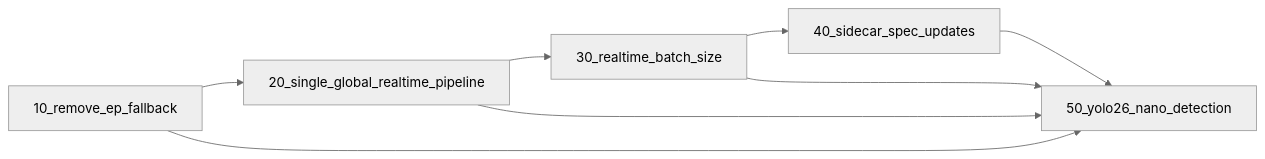
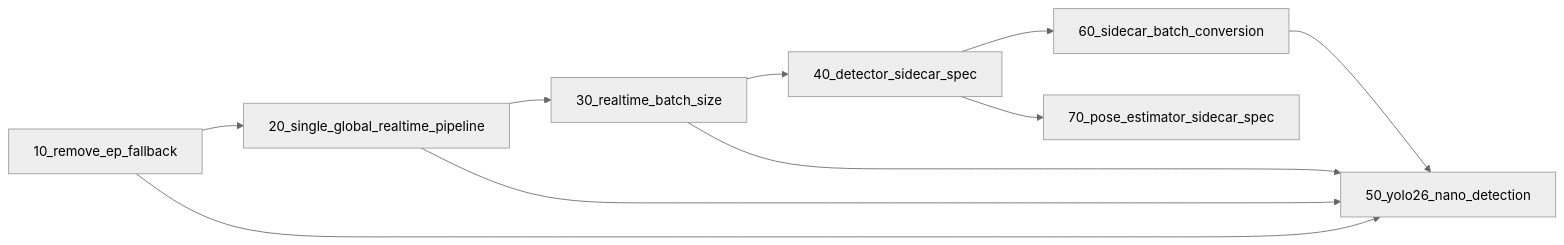
One commit to domisjustanumber/skellytracker changed the second of 2 diagrams in plans/30_realtime_batch_size.plan.md. Above: the diagram before and after it, drawn with Mermaid (neutral theme). The commit also changed other lines of this file and 8 other files, not shown here.

First line of the commit message:
Split sidecar plans into 40/60/70 and expand pose estimator spec

````diff
--- a/plans/30_realtime_batch_size.plan.md
+++ b/plans/30_realtime_batch_size.plan.md
@@ -835,15 +835,19 @@
 ```mermaid
 flowchart LR
   p10[10_remove_ep_fallback]
   p20[20_single_global_realtime_pipeline]
   p30[30_realtime_batch_size]
-  p40[40_sidecar_spec_updates]
+  p40[40_detector_sidecar_spec]
+  p60[60_sidecar_batch_conversion]
   p50[50_yolo26_nano_detection]
+  p70[70_pose_estimator_sidecar_spec]
   p10 --> p20
   p20 --> p30
   p30 --> p40
-  p40 --> p50
+  p40 --> p60
+  p60 --> p50
+  p40 --> p70
   p10 --> p50
   p20 --> p50
   p30 --> p50
 ```
````
